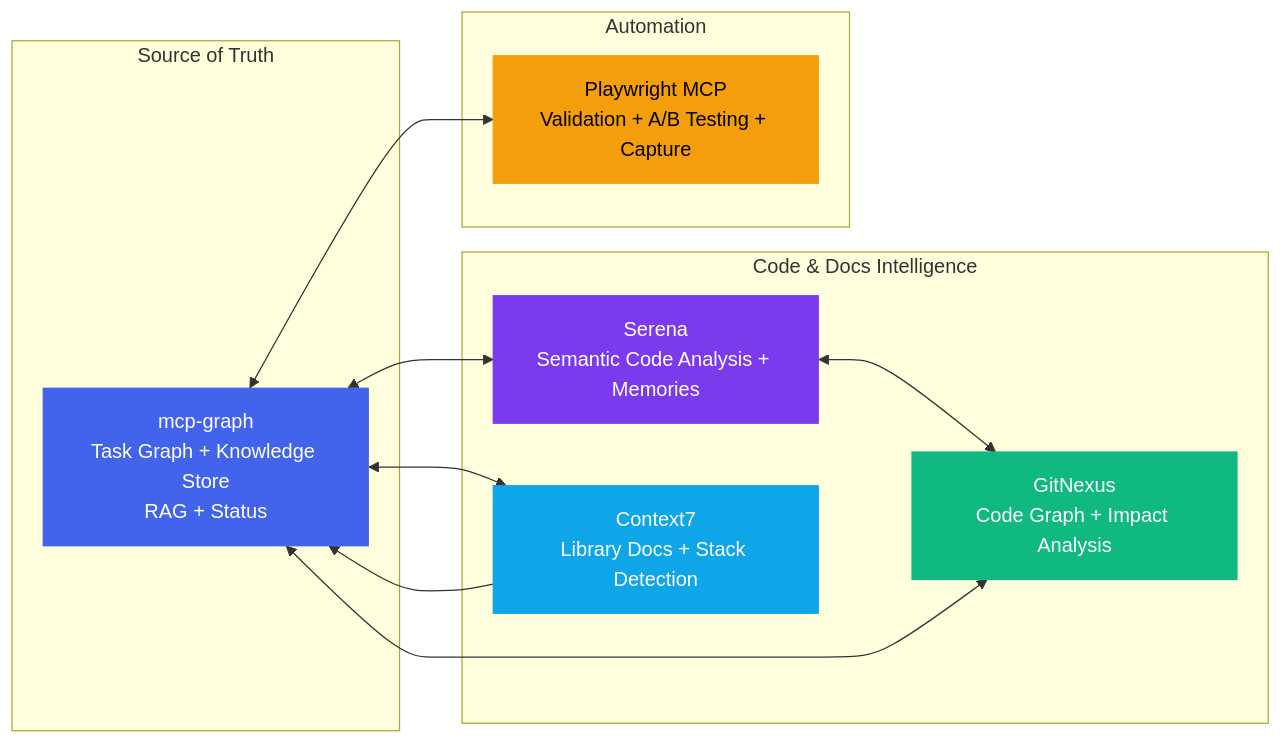
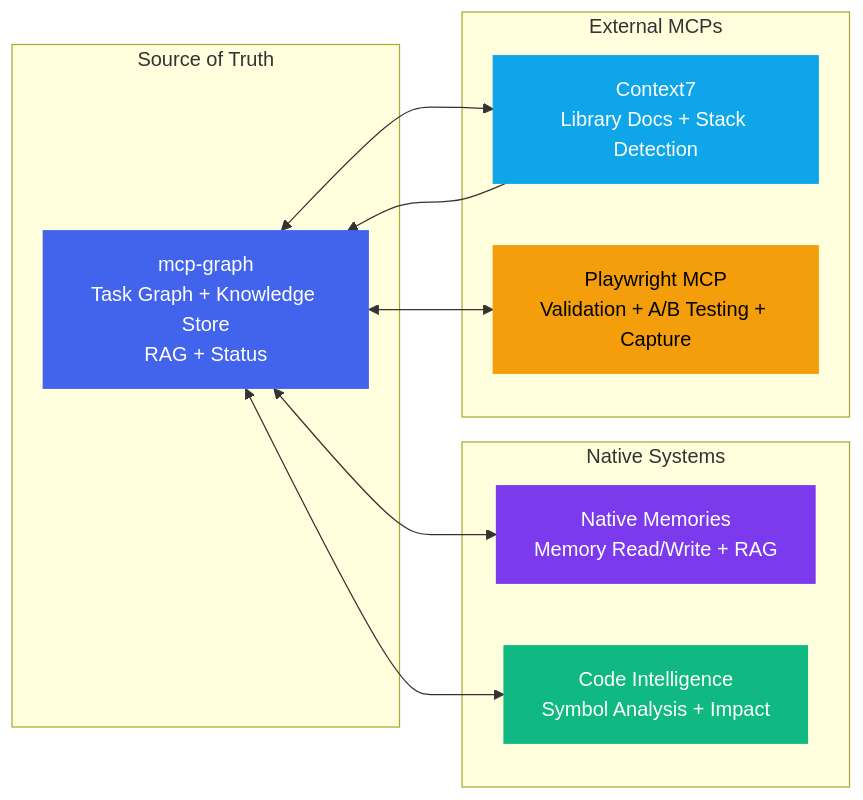
One commit to sraphaz/mcp-graph-workflow changed the second of 19 diagrams in docs/LIFECYCLE.md. Above: the diagram before and after it, drawn with Mermaid. The commit also changed other lines of this file and 17 other files, not shown here.

````diff
--- a/docs/LIFECYCLE.md
+++ b/docs/LIFECYCLE.md
@@ -30,29 +30,28 @@
 ```mermaid
 graph LR
     subgraph "Source of Truth"
         MCPGraph[mcp-graph<br/>Task Graph + Knowledge Store<br/>RAG + Status]
     end
 
-    subgraph "Code & Docs Intelligence"
-        Serena[Serena<br/>Semantic Code Analysis + Memories]
-        GitNexus[GitNexus<br/>Code Graph + Impact Analysis]
-        Context7[Context7<br/>Library Docs + Stack Detection]
+    subgraph "Native Systems"
+        Memories[Native Memories<br/>Memory Read/Write + RAG]
+        CodeIntel[Code Intelligence<br/>Symbol Analysis + Impact]
     end
 
-    subgraph "Automation"
+    subgraph "External MCPs"
+        Context7[Context7<br/>Library Docs + Stack Detection]
         Playwright[Playwright MCP<br/>Validation + A/B Testing + Capture]
     end
 
-    MCPGraph <--> Serena
+    MCPGraph <--> Memories
+    MCPGraph <--> CodeIntel
     MCPGraph <--> Playwright
     MCPGraph <--> Context7
-    Serena <--> GitNexus
-    MCPGraph <--> GitNexus
     Context7 --> MCPGraph
 
     style MCPGraph fill:#4263eb,color:#fff,stroke:#4263eb
-    style Serena fill:#7c3aed,color:#fff,stroke:#7c3aed
-    style GitNexus fill:#10b981,color:#fff,stroke:#10b981
+    style Memories fill:#7c3aed,color:#fff,stroke:#7c3aed
+    style CodeIntel fill:#10b981,color:#fff,stroke:#10b981
     style Context7 fill:#0ea5e9,color:#fff,stroke:#0ea5e9
     style Playwright fill:#f59e0b,color:#000,stroke:#f59e0b
 ```
````
